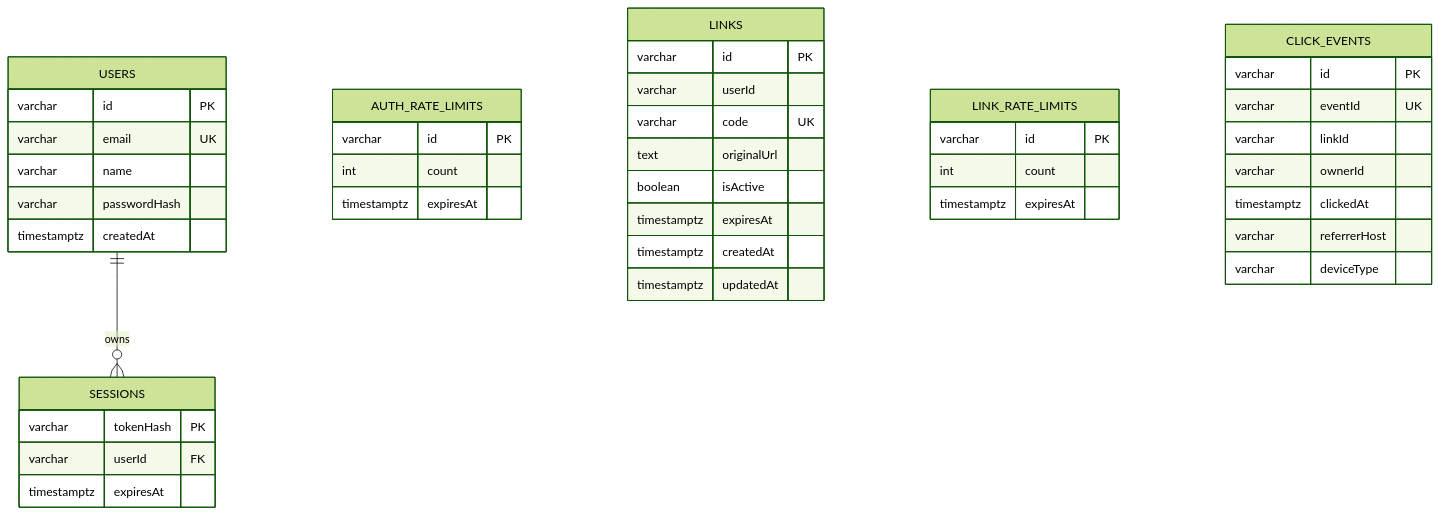
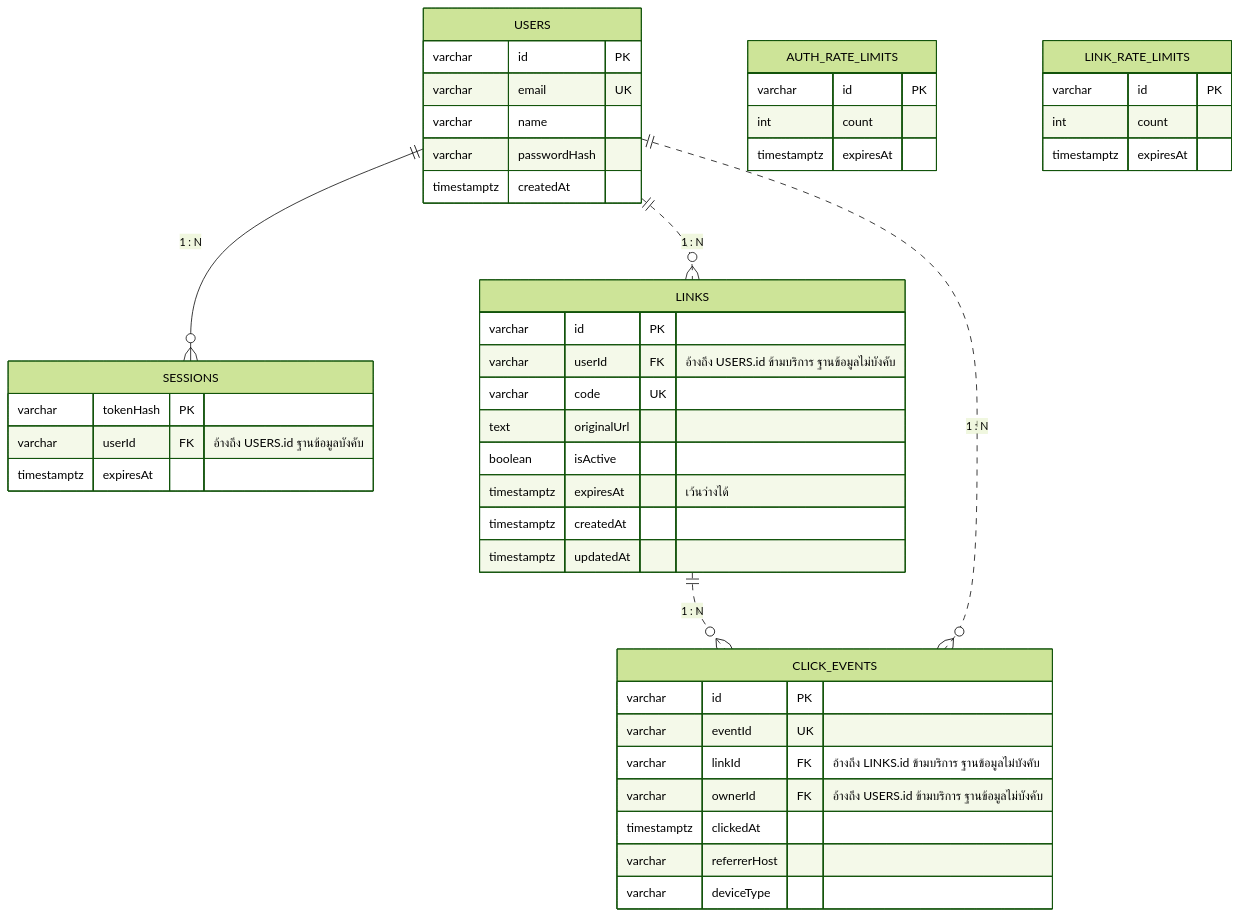
The diagram in docs/diagrams/er.mmd (joe9856/Project_Short_URL), drawn with Mermaid (forest theme) before and after one commit. The commit also changed 27 other files, not shown here.

```diff
--- a/docs/diagrams/er.mmd
+++ b/docs/diagrams/er.mmd
@@ -1,43 +1,50 @@
 erDiagram
-  USERS ||--o{ SESSIONS : owns
+  direction TB
+  %% FK in the key column denotes a reference in this combined model.
+  %% Comments and line styles distinguish physical and logical references.
+  %% Dashed lines here distinguish service-level references, not database FKs.
+  USERS ||--o{ SESSIONS : "1 : N"
+  USERS ||..o{ LINKS : "1 : N"
+  LINKS ||..o{ CLICK_EVENTS : "1 : N"
+  USERS ||..o{ CLICK_EVENTS : "1 : N"
   USERS {
     varchar id PK
     varchar email UK
     varchar name
     varchar passwordHash
     timestamptz createdAt
   }
   SESSIONS {
     varchar tokenHash PK
-    varchar userId FK
+    varchar userId FK "อ้างถึง USERS.id ฐานข้อมูลบังคับ"
     timestamptz expiresAt
   }
   AUTH_RATE_LIMITS {
     varchar id PK
     int count
     timestamptz expiresAt
   }
   LINKS {
     varchar id PK
-    varchar userId
+    varchar userId FK "อ้างถึง USERS.id ข้ามบริการ ฐานข้อมูลไม่บังคับ"
     varchar code UK
     text originalUrl
     boolean isActive
-    timestamptz expiresAt
+    timestamptz expiresAt "เว้นว่างได้"
     timestamptz createdAt
     timestamptz updatedAt
   }
   LINK_RATE_LIMITS {
     varchar id PK
     int count
     timestamptz expiresAt
   }
   CLICK_EVENTS {
     varchar id PK
     varchar eventId UK
-    varchar linkId
-    varchar ownerId
+    varchar linkId FK "อ้างถึง LINKS.id ข้ามบริการ ฐานข้อมูลไม่บังคับ"
+    varchar ownerId FK "อ้างถึง USERS.id ข้ามบริการ ฐานข้อมูลไม่บังคับ"
     timestamptz clickedAt
     varchar referrerHost
     varchar deviceType
   }
```
